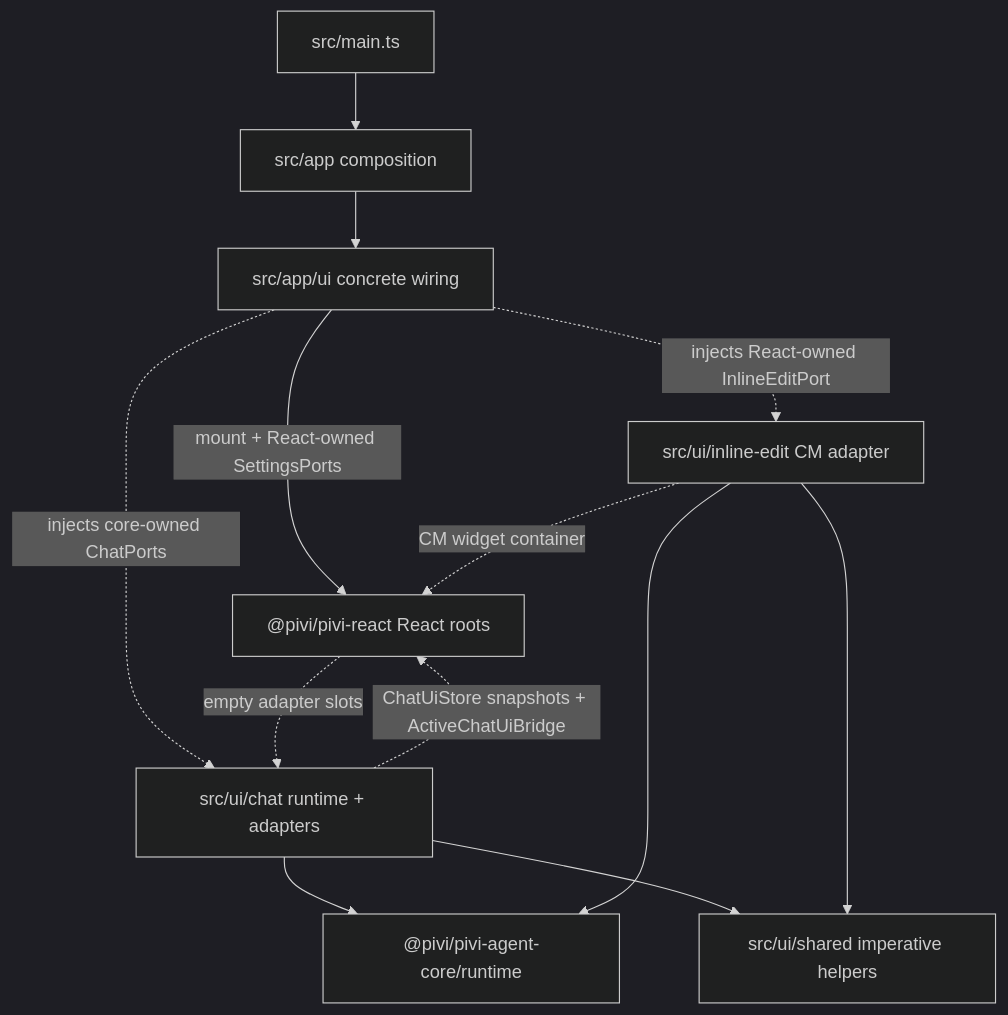
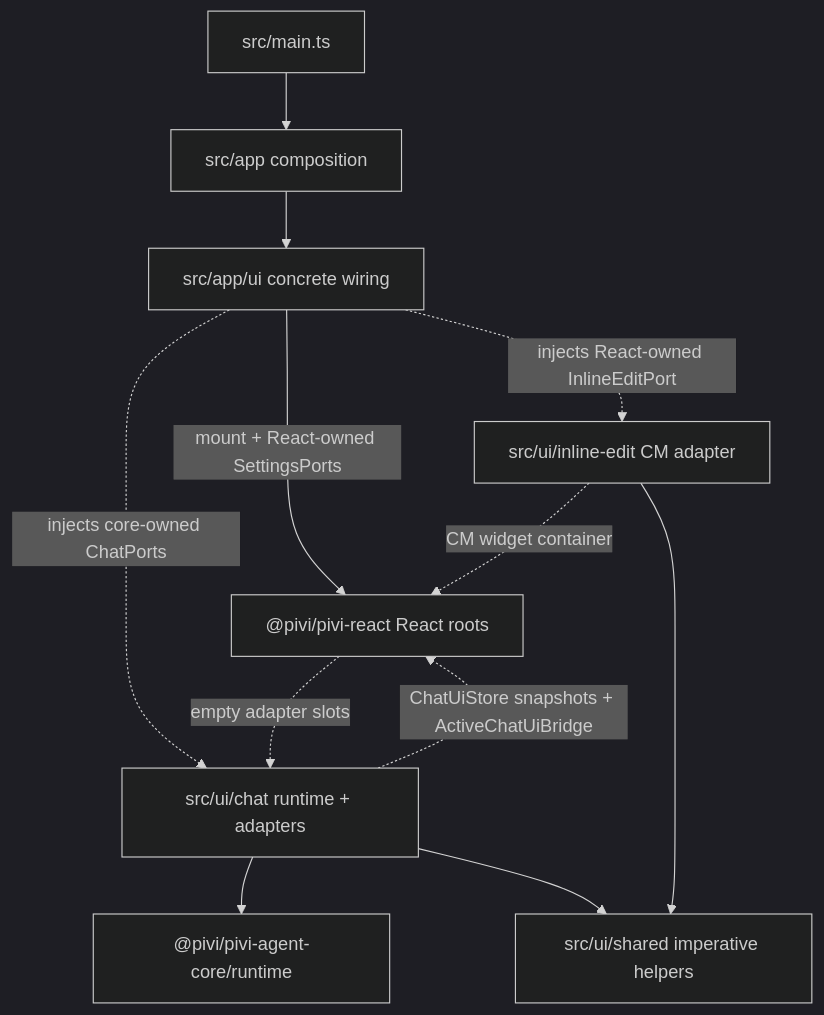
The diagram in src/ui/AGENTS.md (shuuul/obsidian-pivi), drawn with Mermaid (dark theme) before and after one commit. The commit also changed other lines of this file and 77 other files, not shown here.

````diff
--- a/src/ui/AGENTS.md
+++ b/src/ui/AGENTS.md
@@ -13,15 +13,14 @@
 ```mermaid
 flowchart TD
   Main["src/main.ts"] --> App["src/app composition"]
   App --> AppUI["src/app/ui concrete wiring"]
   AppUI -- "mount + React-owned SettingsPorts" --> ReactUI["@pivi/pivi-react React roots"]
   AppUI -. "injects core-owned ChatPorts" .-> Chat["src/ui/chat runtime + adapters"]
   AppUI -. "injects React-owned InlineEditPort" .-> Inline["src/ui/inline-edit CM adapter"]
   Chat -. "ChatUiStore snapshots + ActiveChatUiBridge" .-> ReactUI
   ReactUI -. "empty adapter slots" .-> Chat
   Inline -. "CM widget container" .-> ReactUI
   Chat --> Runtime["@pivi/pivi-agent-core/runtime"]
-  Inline --> Runtime
   Chat --> Shared["src/ui/shared imperative helpers"]
   Inline --> Shared
 ```
````
